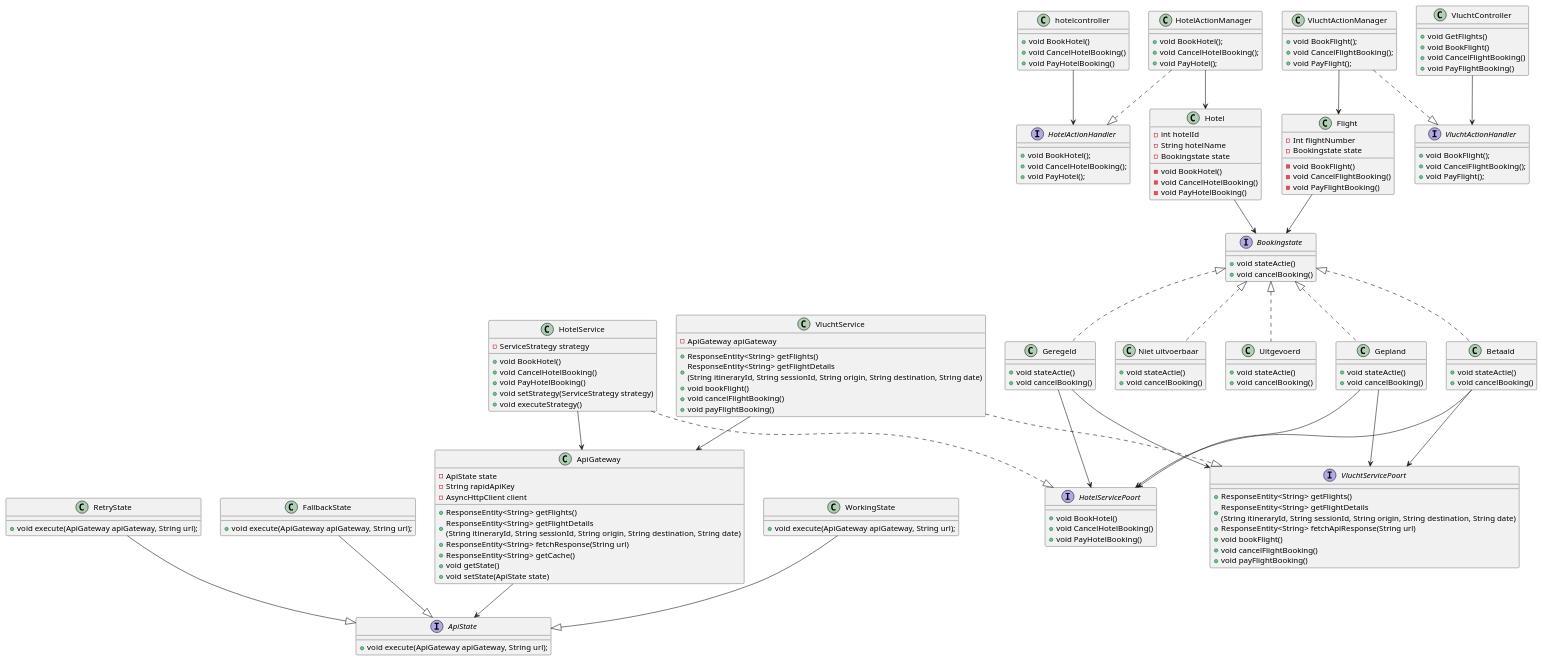
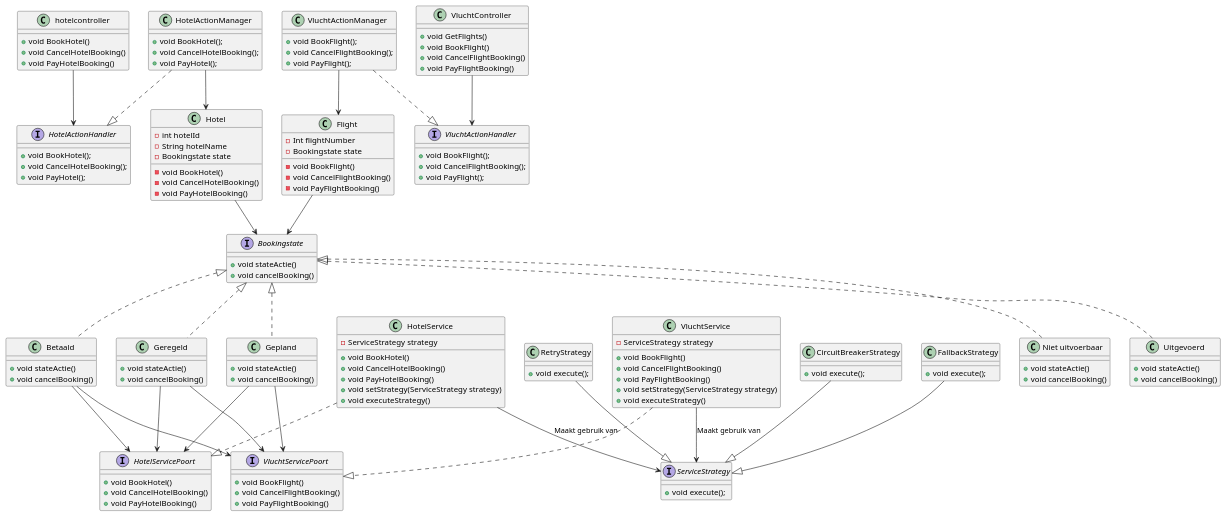
Before and after one commit to AIM-ENE-feb25/triptop-groep-b4: the diagram in prototypes/groepB4/src/main/java/triptop/groepB4/diagrammen/state_pattern_class_diagram.puml, drawn with PlantUML. The commit also changed 15 other files, not shown here.

```diff
--- a/prototypes/groepB4/src/main/java/triptop/groepB4/diagrammen/state_pattern_class_diagram.puml
+++ b/prototypes/groepB4/src/main/java/triptop/groepB4/diagrammen/state_pattern_class_diagram.puml
@@ -1,159 +1,145 @@
 @startuml
 
 'interfaces
 interface "HotelActionHandler"{
 + void BookHotel();
 + void CancelHotelBooking();
 + void PayHotel();
 }
 interface "VluchtActionHandler"{
 + void BookFlight();
 + void CancelFlightBooking();
 + void PayFlight();
 }
 interface "VluchtServicePoort"{
-+ ResponseEntity<String> getFlights()
-+ ResponseEntity<String> getFlightDetails\n(String itineraryId, String sessionId, String origin, String destination, String date)
-+ ResponseEntity<String> fetchApiResponse(String url)
-+ void bookFlight()
-+ void cancelFlightBooking()
-+ void payFlightBooking()
++ void BookFlight()
++ void CancelFlightBooking()
++ void PayFlightBooking()
 }
 interface "HotelServicePoort"{
 + void BookHotel()
 + void CancelHotelBooking()
 + void PayHotelBooking()
 }
 interface "Bookingstate" {
 + void stateActie()
 + void cancelBooking()
 }
-interface ApiState {
-+ void execute(ApiGateway apiGateway, String url);
+interface ServiceStrategy {
+    + void execute();
 }
+
 'classes
 class "hotelcontroller" {
 + void BookHotel()
 + void CancelHotelBooking()
 + void PayHotelBooking()
 }
 class "HotelService"{
 - ServiceStrategy strategy
 + void BookHotel()
 + void CancelHotelBooking()
 + void PayHotelBooking()
 + void setStrategy(ServiceStrategy strategy)
 + void executeStrategy()
 }
 class "VluchtController"{
 + void GetFlights()
 + void BookFlight()
 + void CancelFlightBooking()
 + void PayFlightBooking()
 }
 class "VluchtService"{
-- ApiGateway apiGateway
-+ ResponseEntity<String> getFlights()
-+ ResponseEntity<String> getFlightDetails\n(String itineraryId, String sessionId, String origin, String destination, String date)
-+ void bookFlight()
-+ void cancelFlightBooking()
-+ void payFlightBooking()
+- ServiceStrategy strategy
++ void BookFlight()
++ void CancelFlightBooking()
++ void PayFlightBooking()
++ void setStrategy(ServiceStrategy strategy)
++ void executeStrategy()
 }
-class WorkingState {
-    + void execute(ApiGateway apiGateway, String url);
-}
-class RetryState {
-    + void execute(ApiGateway apiGateway, String url);
+class RetryStrategy {
+    + void execute();
 }
 
-class FallbackState {
-    + void execute(ApiGateway apiGateway, String url);
-}
-class ApiGateway{
-    - ApiState state
-    - String rapidApiKey
-    - AsyncHttpClient client
-    + ResponseEntity<String> getFlights()
-    + ResponseEntity<String> getFlightDetails\n(String itineraryId, String sessionId, String origin, String destination, String date)
-    + ResponseEntity<String> fetchResponse(String url)
-    + ResponseEntity<String> getCache()
-    + void getState()
-    + void setState(ApiState state)
+class CircuitBreakerStrategy {
+    + void execute();
 }
 
+class FallbackStrategy {
+    + void execute();
+}
 class "HotelActionManager"{
 + void BookHotel();
 + void CancelHotelBooking();
 + void PayHotel();
 }
 class "VluchtActionManager"{
 + void BookFlight();
 + void CancelFlightBooking();
 + void PayFlight();
 }
 class "Gepland" {
 + void stateActie()
 + void cancelBooking()
 }
 class "Geregeld" {
 + void stateActie()
 + void cancelBooking()
 }
 class "Betaald" {
 + void stateActie()
 + void cancelBooking()
 }
 class "Niet uitvoerbaar" {
 + void stateActie()
 + void cancelBooking()
 }
 class "Uitgevoerd" {
 + void stateActie()
 + void cancelBooking()
 }
 class "Hotel" {
 - int hotelId
 - String hotelName
 - Bookingstate state
 - void BookHotel()
 - void CancelHotelBooking()
 - void PayHotelBooking()
 }
 class "Flight" {
 - Int flightNumber
 - Bookingstate state
 - void BookFlight()
 - void CancelFlightBooking()
 - void PayFlightBooking()
 }
 
 'relaties
 "hotelcontroller" --> "HotelActionHandler"
 "HotelService" 	..|> "HotelServicePoort"
 "VluchtController" --> "VluchtActionHandler"
 "VluchtService" ..|> "VluchtServicePoort"
-"VluchtService" --> "ApiGateway"
-"HotelService" --> "ApiGateway"
+"VluchtService" --> "ServiceStrategy" : Maakt gebruik van
+"HotelService" --> "ServiceStrategy" : Maakt gebruik van
+"RetryStrategy" --|> "ServiceStrategy"
+"CircuitBreakerStrategy" --|> "ServiceStrategy"
+"FallbackStrategy" --|> "ServiceStrategy"
 "HotelActionManager" ..|> "HotelActionHandler"
 "VluchtActionManager" ..|> "VluchtActionHandler"
 "Gepland" --> "HotelServicePoort"
 "Gepland" --> "VluchtServicePoort"
 "Geregeld" --> "HotelServicePoort"
 "Geregeld" --> "VluchtServicePoort"
 "Betaald" --> "HotelServicePoort"
 "Betaald" --> "VluchtServicePoort"
 "Flight" --> "Bookingstate"
 "Hotel" --> "Bookingstate"
 "Bookingstate" <|.. "Gepland"
 "Bookingstate" <|.. "Geregeld"
 "Bookingstate" <|.. "Betaald"
 "Bookingstate" <|.. "Niet uitvoerbaar"
 "Bookingstate" <|.. "Uitgevoerd"
 "VluchtActionManager" --> "Flight"
 "HotelActionManager" --> "Hotel"
-"ApiGateway" --> "ApiState"
-"WorkingState" --|> "ApiState"
-"RetryState" --|> "ApiState"
-"FallbackState" --|> "ApiState"
 
 @enduml
```
